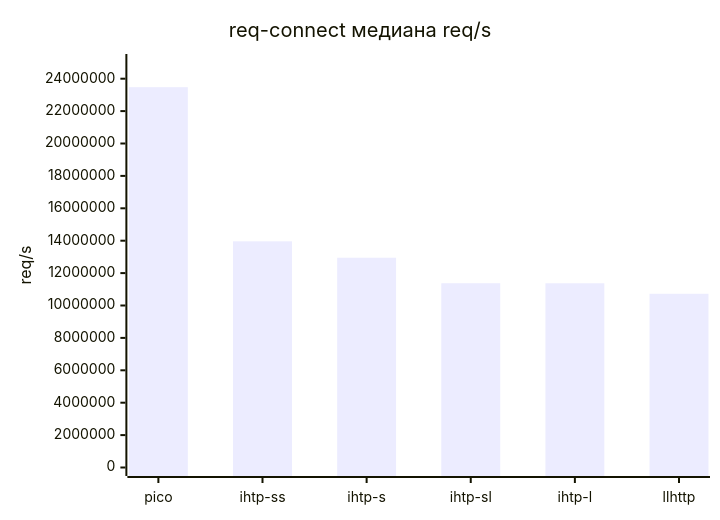
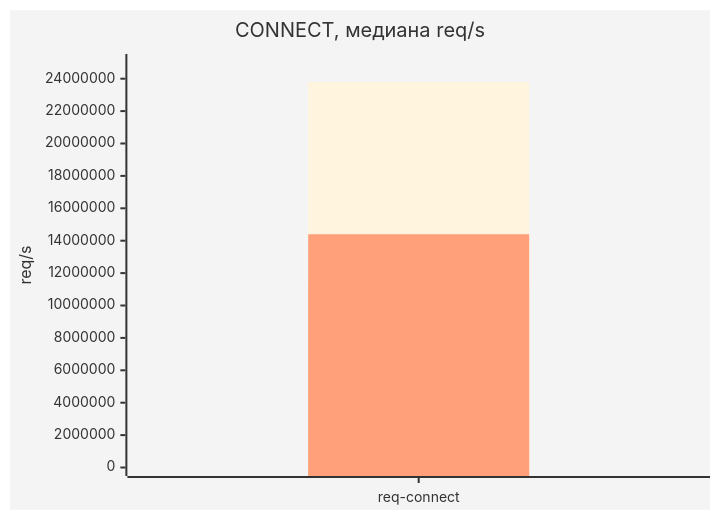
Before and after one commit to ioplane/iohttpparser: the second of 2 diagrams in docs/ru/09-test-results.md, drawn with Mermaid. The commit also changed other lines of this file and 3 other files, not shown here.

````diff
--- a/docs/ru/09-test-results.md
+++ b/docs/ru/09-test-results.md
@@ -224,7 +129,10 @@
 ```mermaid
+%%{init: {'theme':'base','themeVariables': {'plotColorPalette':'#2563eb,#dc2626,#059669'}}}%%
 xychart-beta
-    title "req-connect медиана req/s"
-    x-axis ["pico", "ihtp-ss", "ihtp-s", "ihtp-sl", "ihtp-l", "llhttp"]
+    title "CONNECT, медиана req/s"
+    x-axis ["req-connect"]
     y-axis "req/s" 0 --> 25000000
-    bar [23477372.10, 13961958.41, 12950026.37, 11375010.08, 11370703.00, 10724707.64]
+    bar [23793069.77]
+    bar [11256663.52]
+    bar [14397430.12]
 ```
````
